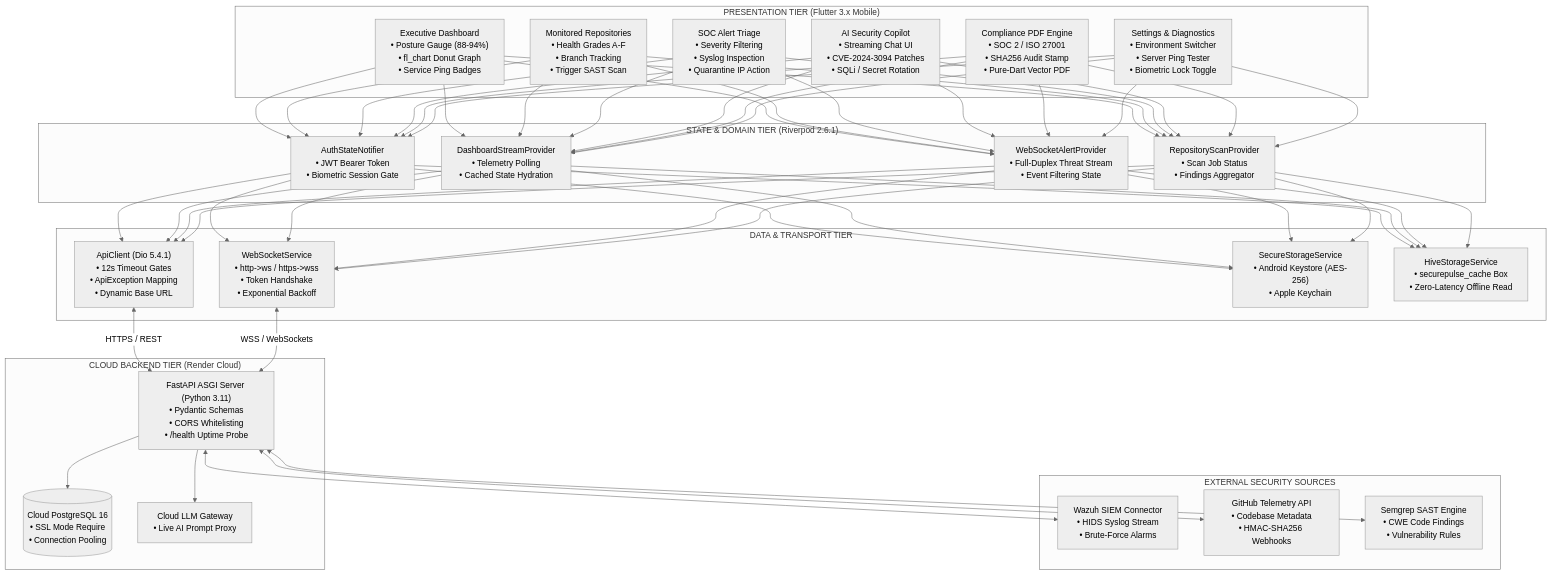
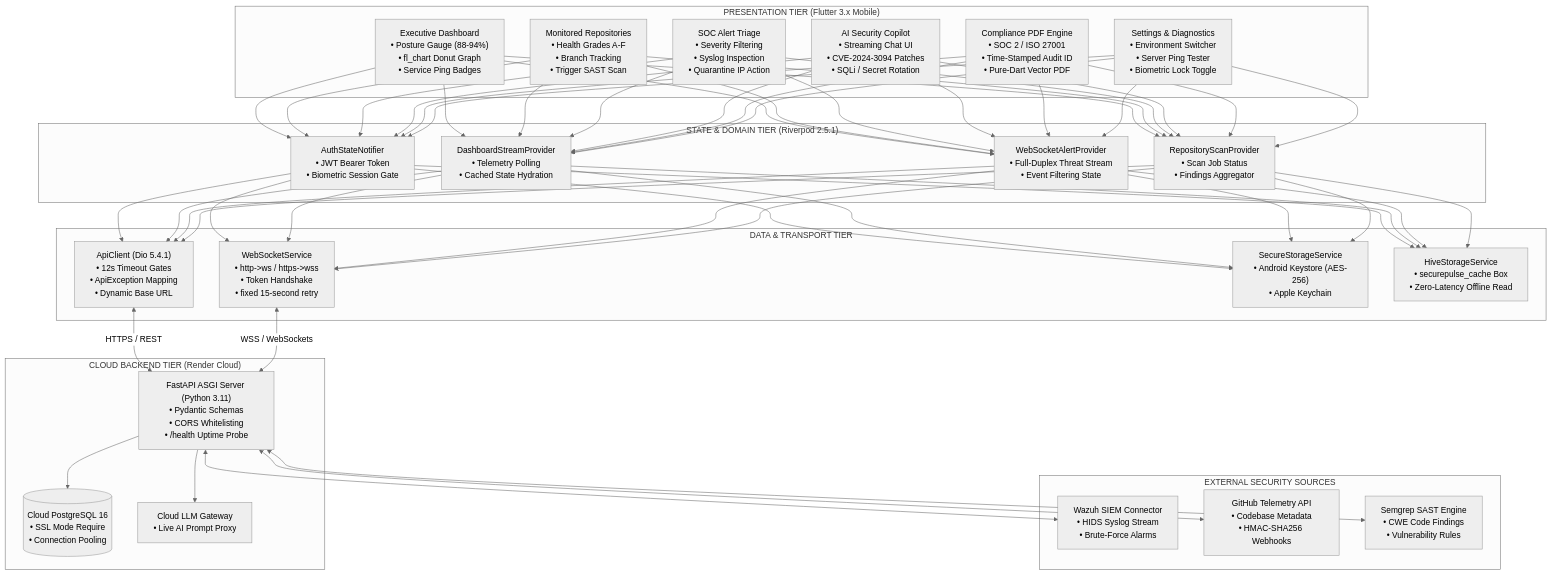
One commit to NATTOMR/secureguard-mobile changed the second of 2 diagrams in docs/MINDMAP.md. Above: the diagram before and after it, drawn with Mermaid (neutral theme). The commit also changed other lines of this file and 11 other files, not shown here.

First line of the commit message:
docs: final documentation audit - correct package versions, Dockerfile type, SHA256 claim, WebSocket reconnect, FCM status, and add Sections /v1/scans /v1/findings /v1/ai/remediate endpoints

````diff
--- a/docs/MINDMAP.md
+++ b/docs/MINDMAP.md
@@ -149,46 +149,46 @@
 ```mermaid
 graph TD
     subgraph "PRESENTATION TIER (Flutter 3.x Mobile)"
         DASH["Executive Dashboard<br>• Posture Gauge (88-94%)<br>• fl_chart Donut Graph<br>• Service Ping Badges"]
         REPOS["Monitored Repositories<br>• Health Grades A-F<br>• Branch Tracking<br>• Trigger SAST Scan"]
         ALERTS["SOC Alert Triage<br>• Severity Filtering<br>• Syslog Inspection<br>• Quarantine IP Action"]
         AI["AI Security Copilot<br>• Streaming Chat UI<br>• CVE-2024-3094 Patches<br>• SQLi / Secret Rotation"]
-        REPORTS["Compliance PDF Engine<br>• SOC 2 / ISO 27001<br>• SHA256 Audit Stamp<br>• Pure-Dart Vector PDF"]
+        REPORTS["Compliance PDF Engine<br>• SOC 2 / ISO 27001<br>• Time-Stamped Audit ID<br>• Pure-Dart Vector PDF"]
         SETT["Settings & Diagnostics<br>• Environment Switcher<br>• Server Ping Tester<br>• Biometric Lock Toggle"]
     end
 
-    subgraph "STATE & DOMAIN TIER (Riverpod 2.6.1)"
+    subgraph "STATE & DOMAIN TIER (Riverpod 2.5.1)"
         AUTH_P["AuthStateNotifier<br>• JWT Bearer Token<br>• Biometric Session Gate"]
         DASH_P["DashboardStreamProvider<br>• Telemetry Polling<br>• Cached State Hydration"]
         ALERT_P["WebSocketAlertProvider<br>• Full-Duplex Threat Stream<br>• Event Filtering State"]
         REPO_P["RepositoryScanProvider<br>• Scan Job Status<br>• Findings Aggregator"]
     end
 
     subgraph "DATA & TRANSPORT TIER"
         API_C["ApiClient (Dio 5.4.1)<br>• 12s Timeout Gates<br>• ApiException Mapping<br>• Dynamic Base URL"]
-        WS_C["WebSocketService<br>• http->ws / https->wss<br>• Token Handshake<br>• Exponential Backoff"]
+        WS_C["WebSocketService<br>• http->ws / https->wss<br>• Token Handshake<br>• fixed 15-second retry"]
         SEC_S["SecureStorageService<br>• Android Keystore (AES-256)<br>• Apple Keychain"]
         HIVE_S["HiveStorageService<br>• securepulse_cache Box<br>• Zero-Latency Offline Read"]
     end
 
     subgraph "CLOUD BACKEND TIER (Render Cloud)"
         FASTAPI["FastAPI ASGI Server (Python 3.11)<br>• Pydantic Schemas<br>• CORS Whitelisting<br>• /health Uptime Probe"]
         POSTGRES[("Cloud PostgreSQL 16<br>• SSL Mode Require<br>• Connection Pooling")]
         LLM_PROXY["Cloud LLM Gateway<br>• Live AI Prompt Proxy"]
     end
 
     subgraph "EXTERNAL SECURITY SOURCES"
         WAZUH["Wazuh SIEM Connector<br>• HIDS Syslog Stream<br>• Brute-Force Alarms"]
         GITHUB["GitHub Telemetry API<br>• Codebase Metadata<br>• HMAC-SHA256 Webhooks"]
         SEMGREP["Semgrep SAST Engine<br>• CWE Code Findings<br>• Vulnerability Rules"]
     end
 
     %% Bindings
     DASH & REPOS & ALERTS & AI & REPORTS & SETT --> AUTH_P & DASH_P & ALERT_P & REPO_P
     AUTH_P & DASH_P & ALERT_P & REPO_P --> API_C & WS_C & SEC_S & HIVE_S
     API_C <-->|HTTPS / REST| FASTAPI
     WS_C <-->|WSS / WebSockets| FASTAPI
     FASTAPI --> POSTGRES
     FASTAPI --> LLM_PROXY
     FASTAPI <--> WAZUH & GITHUB & SEMGREP
 ```
````
